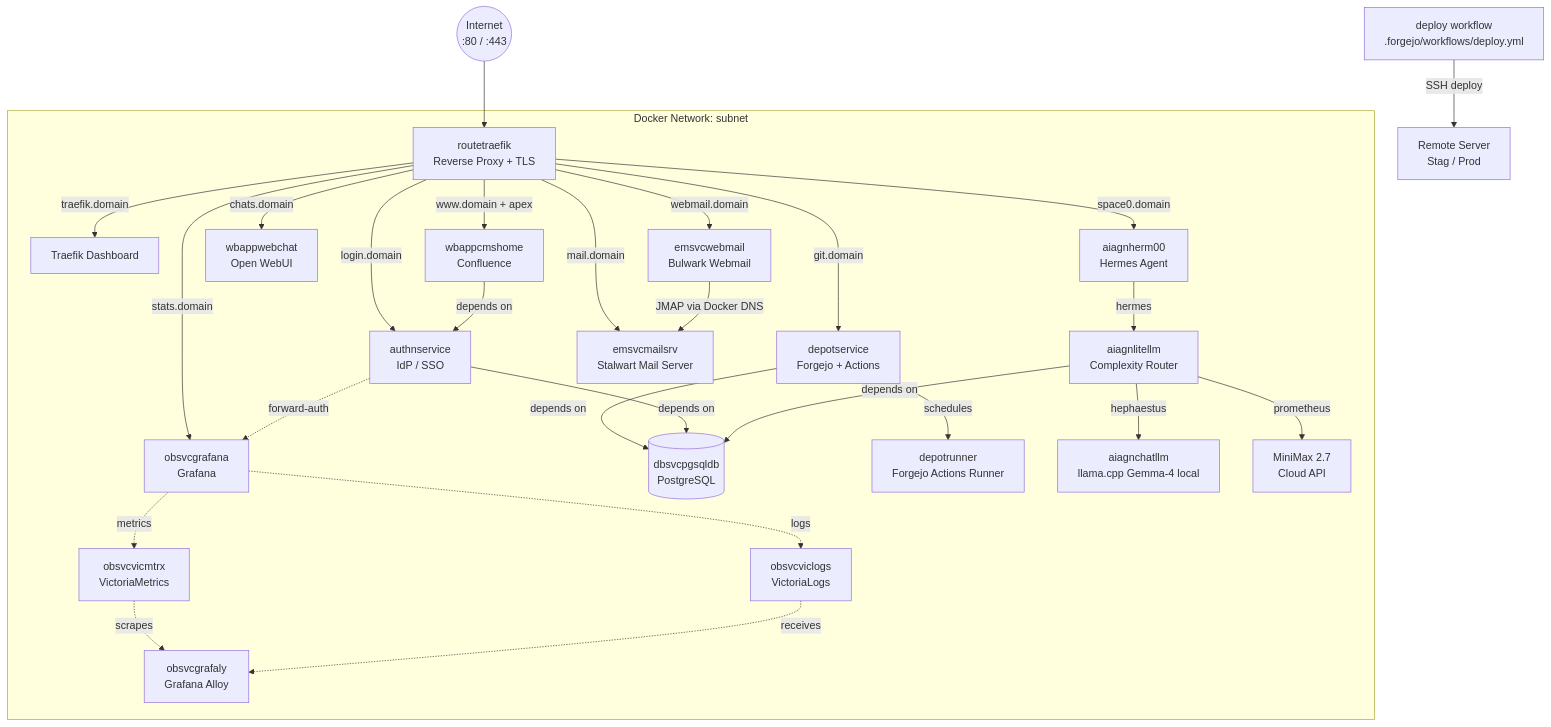
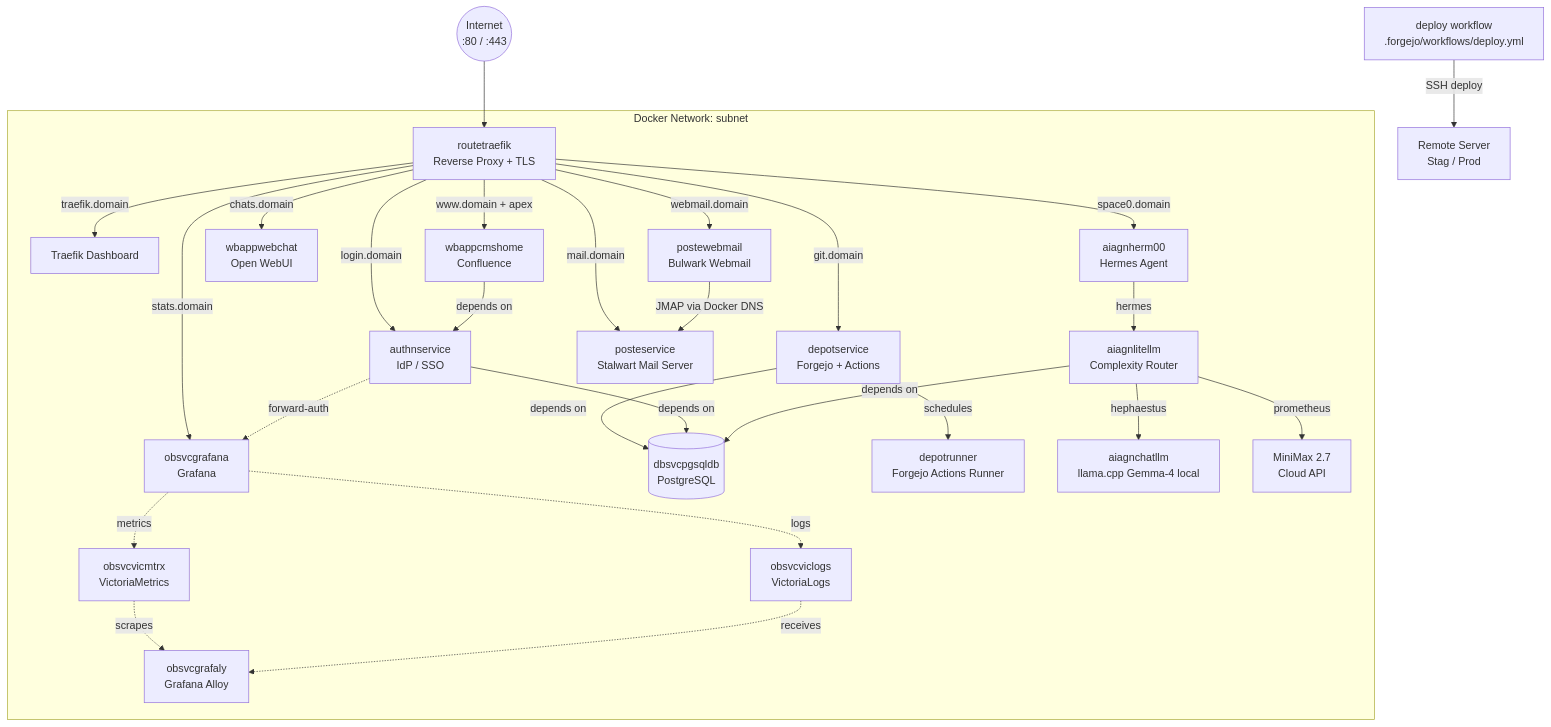
The first of 2 diagrams in README.md (yongxinL/servicehub), drawn with Mermaid before and after one commit. The commit also changed other lines of this file and 6 other files, not shown here.

````diff
--- a/README.md
+++ b/README.md
@@ -44,34 +44,34 @@
 ```mermaid
 graph TD
     Internet((Internet\n:80 / :443))
     Internet --> Traefik
 
     subgraph subnet[Docker Network: subnet]
         Traefik[routetraefik\nReverse Proxy + TLS]
         Traefik -->|traefik.domain| Dashboard[Traefik Dashboard]
         Traefik -->|login.domain| Authentik[authnservice\nIdP / SSO]
         Traefik -->|git.domain| Forgejo[depotservice\nForgejo + Actions]
         Traefik -->|www.domain + apex| Confluence[wbappcmshome\nConfluence]
         Traefik -->|chats.domain| OpenWebUI[wbappwebchat\nOpen WebUI]
         Traefik -->|space0.domain| Hermes[aiagnherm00\nHermes Agent]
         Traefik -->|stats.domain| Grafana[obsvcgrafana\nGrafana]
-        Traefik -->|mail.domain| Stalwart[emsvcmailsrv\nStalwart Mail Server]
-        Traefik -->|webmail.domain| Bulwark[emsvcwebmail\nBulwark Webmail]
+        Traefik -->|mail.domain| Stalwart[posteservice\nStalwart Mail Server]
+        Traefik -->|webmail.domain| Bulwark[postewebmail\nBulwark Webmail]
         Bulwark -->|JMAP via Docker DNS| Stalwart
         Authentik -.->|forward-auth| Grafana
         Forgejo -->|depends on| PostgreSQL[(dbsvcpgsqldb\nPostgreSQL)]
         Authentik -->|depends on| PostgreSQL
         Confluence -->|depends on| Authentik
         Forgejo -->|schedules| Runner[depotrunner\nForgejo Actions Runner]
         Hermes -->|hermes| LiteLLM[aiagnlitellm\nComplexity Router]
         LiteLLM -->|depends on| PostgreSQL
         LiteLLM -->|hephaestus| Gemma[aiagnchatllm\nllama.cpp Gemma-4 local]
         LiteLLM -->|prometheus| MiniMax[MiniMax 2.7\nCloud API]
         Grafana -.->|metrics| VM[obsvcvicmtrx\nVictoriaMetrics]
         Grafana -.->|logs| VL[obsvcviclogs\nVictoriaLogs]
         VM -.->|scrapes| Alloy[obsvcgrafaly\nGrafana Alloy]
         VL -.->|receives| Alloy
     end
 
     WPDeploy[deploy workflow\n.forgejo/workflows/deploy.yml] -->|SSH deploy| RemoteServer[Remote Server\nStag / Prod]
 ```
````
